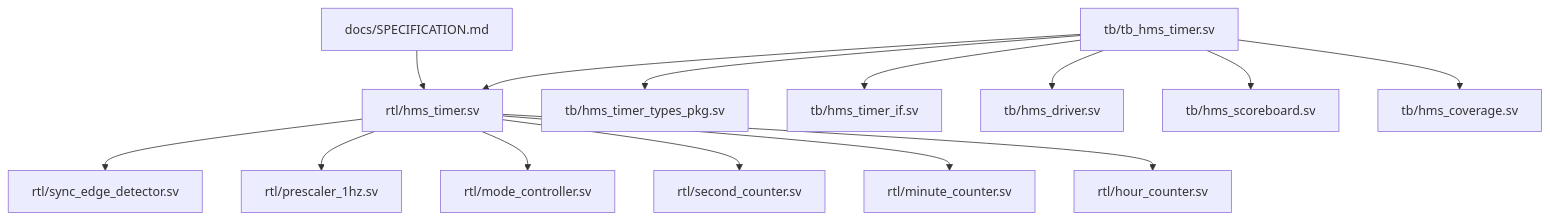
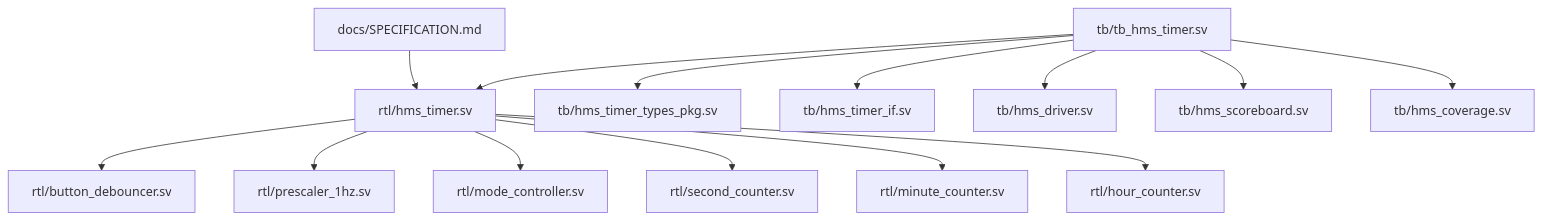
The diagram in repo_map.md (ngobinh1/Digital_Clock), drawn with Mermaid before and after one commit. The commit also changed other lines of this file and 45 other files, not shown here.

Commit message:
feat: add 20ms button debouncer with auto-repeat and 5s inactivity timeout rollback (v1.1.0)

````diff
--- a/repo_map.md
+++ b/repo_map.md
@@ -35,17 +35,17 @@
 ```mermaid
 graph TD
     SPEC["docs/SPECIFICATION.md"] --> TOP["rtl/hms_timer.sv"]
-    TOP --> SYNC["rtl/sync_edge_detector.sv"]
+    TOP --> DEB["rtl/button_debouncer.sv"]
     TOP --> PSC["rtl/prescaler_1hz.sv"]
     TOP --> FSM["rtl/mode_controller.sv"]
     TOP --> SEC["rtl/second_counter.sv"]
     TOP --> MIN["rtl/minute_counter.sv"]
     TOP --> HR["rtl/hour_counter.sv"]
 
     TB["tb/tb_hms_timer.sv"] --> PKG["tb/hms_timer_types_pkg.sv"]
     TB --> IF["tb/hms_timer_if.sv"]
     TB --> DRV["tb/hms_driver.sv"]
     TB --> SCB["tb/hms_scoreboard.sv"]
     TB --> COV["tb/hms_coverage.sv"]
     TB --> TOP
 ```
````
